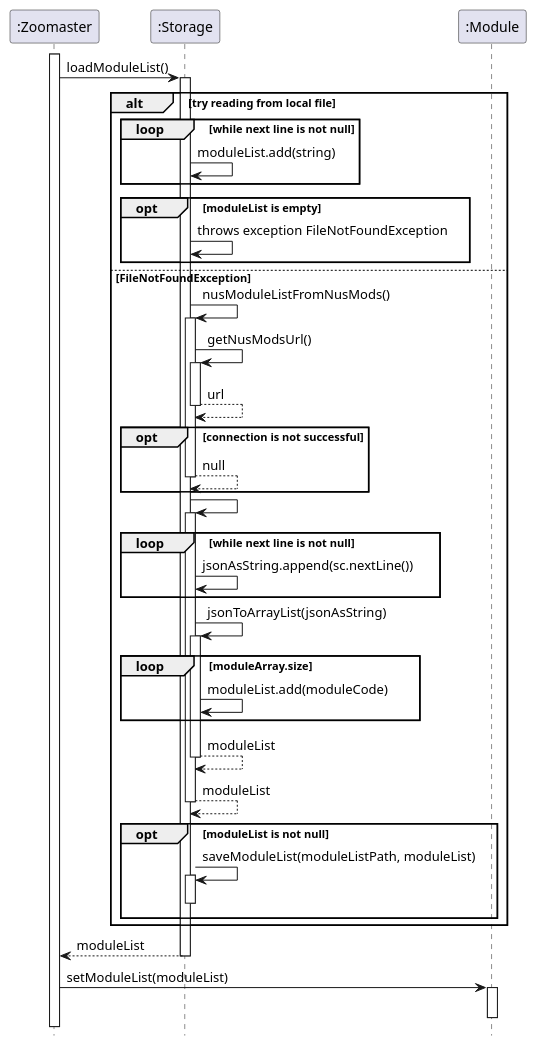
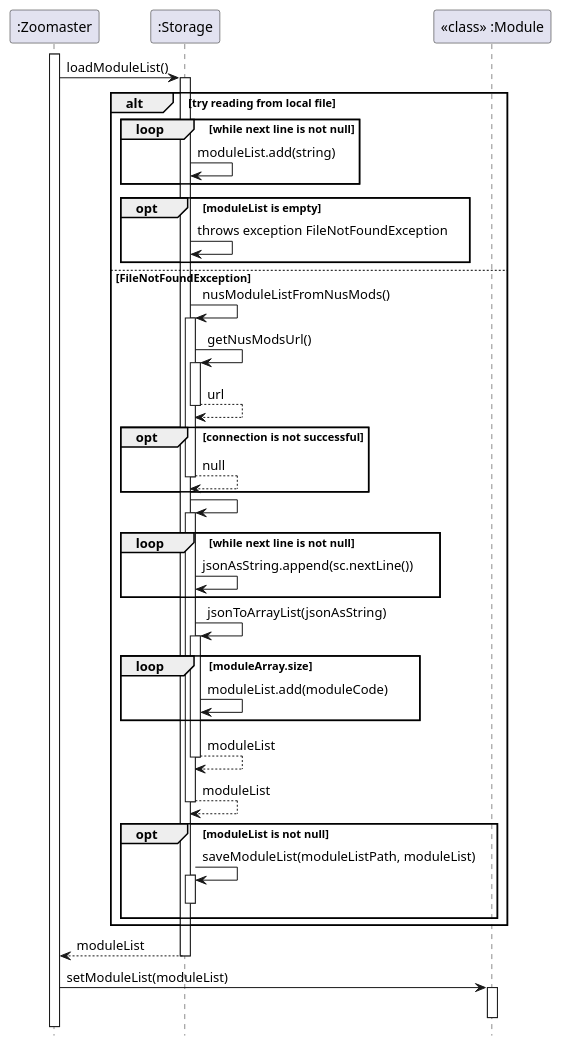
The diagram in docs/diagrams/loadModuleList/getModuleList.puml (nus-cs2113-AY2021S1/tp), drawn with PlantUML before and after one commit. The commit also changed 5 other files, not shown here.

Commit message:
diagrams

```diff
--- a/docs/diagrams/loadModuleList/getModuleList.puml
+++ b/docs/diagrams/loadModuleList/getModuleList.puml
@@ -1,81 +1,81 @@
 @startuml
 hide footbox
 skinparam ParticipantPadding 20
 
 participant ":Zoomaster" as Zoomaster
 participant ":Storage" as Storage
-participant ":Module" as Module
+participant "<<class>> :Module" as Module
 
 
 activate Zoomaster
 Zoomaster-> Storage : loadModuleList()
 activate Storage
 
 
 
 alt try reading from local file
 
     loop while next line is not null
          Storage -> Storage : moduleList.add(string)
 
     end loop
 
     opt moduleList is empty
     Storage -> Storage : throws exception FileNotFoundException
     end opt
 
 
 else FileNotFoundException
     Storage -> Storage : nusModuleListFromNusMods()
     activate Storage
         Storage -> Storage : getNusModsUrl()
 
         activate Storage
             Storage --> Storage : url
         deactivate Storage
 
         opt connection is not successful
             Storage --> Storage : null
             deactivate Storage
         end opt
 
             Storage -> Storage :
         activate Storage
 
             loop while next line is not null
                  Storage -> Storage : jsonAsString.append(sc.nextLine())
 
             end loop
             Storage -> Storage : jsonToArrayList(jsonAsString)
             activate Storage
 
                 loop moduleArray.size
                 Storage -> Storage : moduleList.add(moduleCode)
                 end loop
                 Storage --> Storage : moduleList
 
             deactivate Storage
             Storage --> Storage : moduleList
             deactivate Storage
 
 
                 opt moduleList is not null
                     Storage -> Storage : saveModuleList(moduleListPath, moduleList)
                     activate Storage
                     deactivate Storage
                 end opt
         end alt
 
                 Storage --> Zoomaster : moduleList
 
         deactivate Storage
 
 
 
 
 Zoomaster -> Module : setModuleList(moduleList)
 activate Module
 deactivate Module
 
 
 @enduml
```
